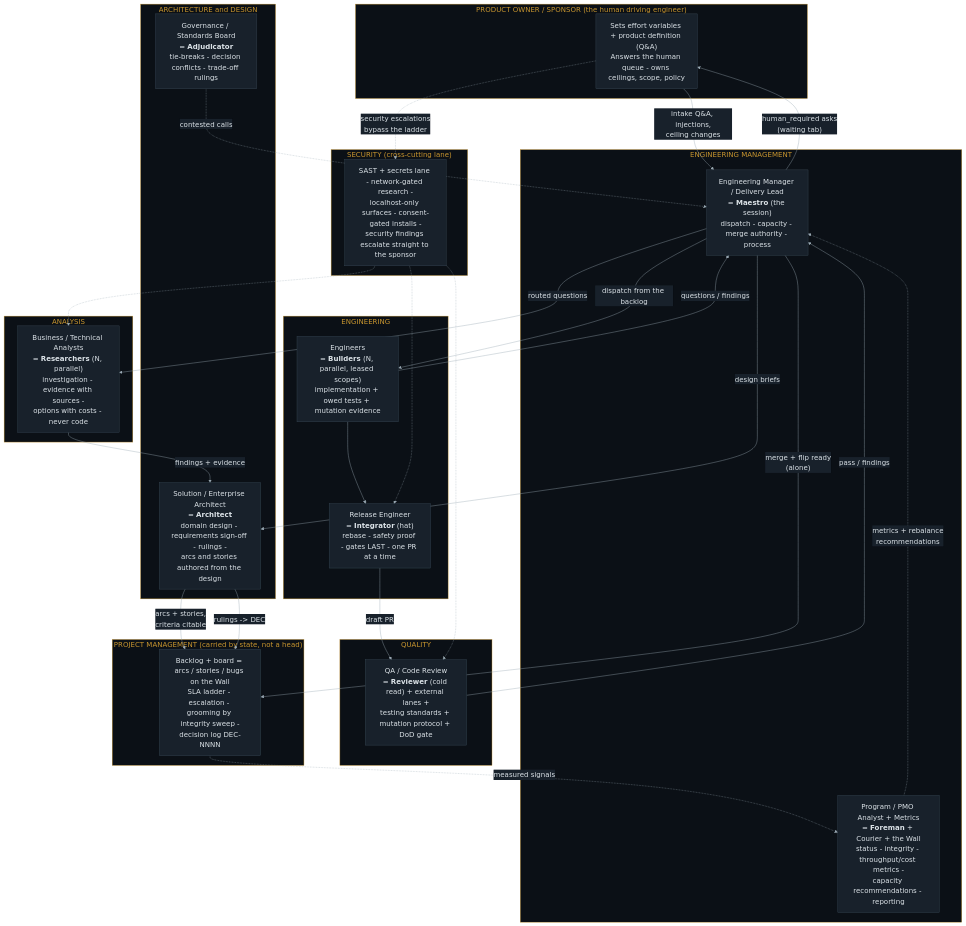
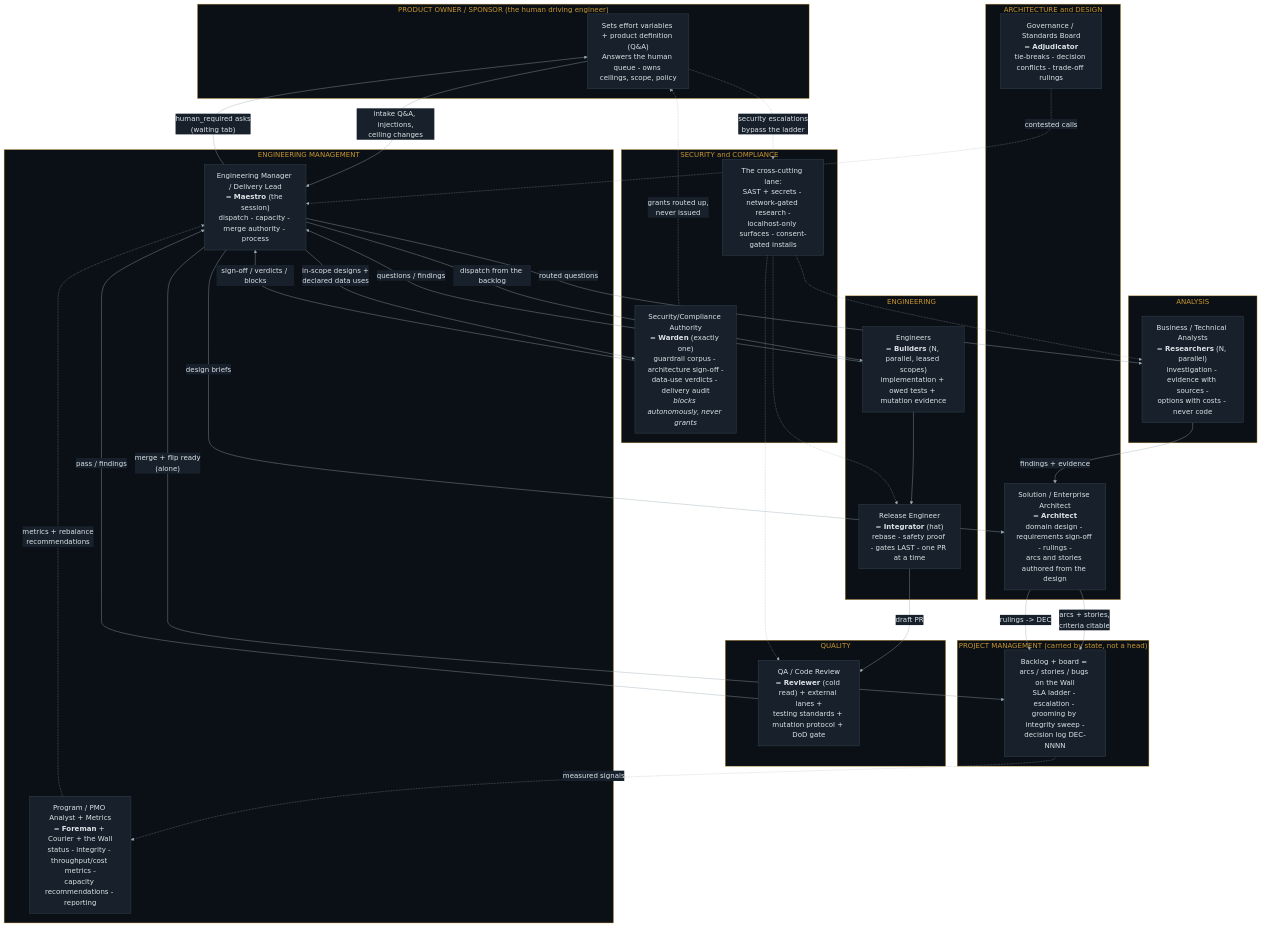
The diagram in docs/diagrams/ORG_MAPPING.md (newellnarco/EngTeam-Wallkit-BluePrint), drawn with Mermaid before and after one commit. The commit also changed other lines of this file and 14 other files, not shown here.

````diff
--- a/docs/diagrams/ORG_MAPPING.md
+++ b/docs/diagrams/ORG_MAPPING.md
@@ -18,67 +18,71 @@
 ```mermaid
 %%{init: {"theme":"base","themeVariables":{
   "background":"#10161d","fontFamily":"Segoe UI, Helvetica, Arial, sans-serif","fontSize":"18px",
   "primaryColor":"#18212b","primaryTextColor":"#dce3e8","primaryBorderColor":"#3a4a58",
   "secondaryColor":"#1e2833","tertiaryColor":"#0b1016",
   "lineColor":"#9aa9b3","textColor":"#dce3e8",
   "clusterBkg":"#0b1016","clusterBorder":"#c9962f",
   "edgeLabelBackground":"#18212b","titleColor":"#c9962f",
   "nodeTextColor":"#dce3e8"
 }}}%%
 flowchart TB
     subgraph SPONSOR["PRODUCT OWNER / SPONSOR  (the human driving engineer)"]
         PO["Sets effort variables + product definition (Q&amp;A)<br/>Answers the human queue - owns ceilings, scope, policy"]
     end
 
     subgraph MGMT["ENGINEERING MANAGEMENT"]
         EM["Engineering Manager / Delivery Lead<br/>= <b>Maestro</b> (the session)<br/>dispatch - capacity - merge authority - process"]
         PMO["Program / PMO Analyst + Metrics<br/>= <b>Foreman</b> + Courier + the Wall<br/>status - integrity - throughput/cost metrics -<br/>capacity recommendations - reporting"]
     end
 
     subgraph DESIGN["ARCHITECTURE and DESIGN"]
         SA["Solution / Enterprise Architect<br/>= <b>Architect</b><br/>domain design - requirements sign-off - rulings -<br/>arcs and stories authored from the design"]
         GOV["Governance / Standards Board<br/>= <b>Adjudicator</b><br/>tie-breaks - decision conflicts - trade-off rulings"]
     end
 
     subgraph ANALYSIS["ANALYSIS"]
         BA["Business / Technical Analysts<br/>= <b>Researchers</b> (N, parallel)<br/>investigation - evidence with sources -<br/>options with costs - never code"]
     end
 
     subgraph ENG["ENGINEERING"]
         DEV["Engineers<br/>= <b>Builders</b> (N, parallel, leased scopes)<br/>implementation + owed tests + mutation evidence"]
         REL["Release Engineer<br/>= <b>Integrator</b> (hat)<br/>rebase - safety proof - gates LAST - one PR at a time"]
     end
 
     subgraph QUALITY["QUALITY"]
         QA["QA / Code Review<br/>= <b>Reviewer</b> (cold read) + external lanes +<br/>testing standards + mutation protocol + DoD gate"]
     end
 
-    subgraph SEC["SECURITY  (cross-cutting lane)"]
-        SECN["SAST + secrets lane - network-gated research -<br/>localhost-only surfaces - consent-gated installs -<br/>security findings escalate straight to the sponsor"]
+    subgraph SEC["SECURITY and COMPLIANCE"]
+        WARD["Security/Compliance Authority<br/>= <b>Warden</b> (exactly one)<br/>guardrail corpus - architecture sign-off -<br/>data-use verdicts - delivery audit<br/><i>blocks autonomously, never grants</i>"]
+        SECN["The cross-cutting lane:<br/>SAST + secrets - network-gated research -<br/>localhost-only surfaces - consent-gated installs"]
     end
 
     subgraph PM["PROJECT MANAGEMENT  (carried by state, not a head)"]
         BOARD["Backlog + board = arcs / stories / bugs on the Wall<br/>SLA ladder - escalation - grooming by integrity sweep -<br/>decision log DEC-NNNN"]
     end
 
     PO -->|"intake Q&amp;A, injections,<br/>ceiling changes"| EM
     EM -->|"human_required asks<br/>(waiting tab)"| PO
     EM -->|"design briefs"| SA
     SA -->|"arcs + stories,<br/>criteria citable"| BOARD
     EM -->|"dispatch from the backlog"| DEV
     DEV -->|"questions / findings"| EM
     EM -->|"routed questions"| BA
     BA -->|"findings + evidence"| SA
     SA -->|"rulings -> DEC"| BOARD
     GOV -.->|"contested calls"| EM
+    EM -->|"in-scope designs +<br/>declared data uses"| WARD
+    WARD -->|"sign-off / verdicts / blocks"| EM
+    WARD -.->|"grants routed up,<br/>never issued"| PO
     DEV --> REL
     REL -->|"draft PR"| QA
     QA -->|"pass / findings"| EM
     EM -->|"merge + flip ready<br/>(alone)"| BOARD
     PMO -.->|"metrics + rebalance<br/>recommendations"| EM
     BOARD -.->|"measured signals"| PMO
     SECN -.-> QA
     SECN -.-> BA
     SECN -.-> REL
     PO -.->|"security escalations<br/>bypass the ladder"| SECN
 ```
````
